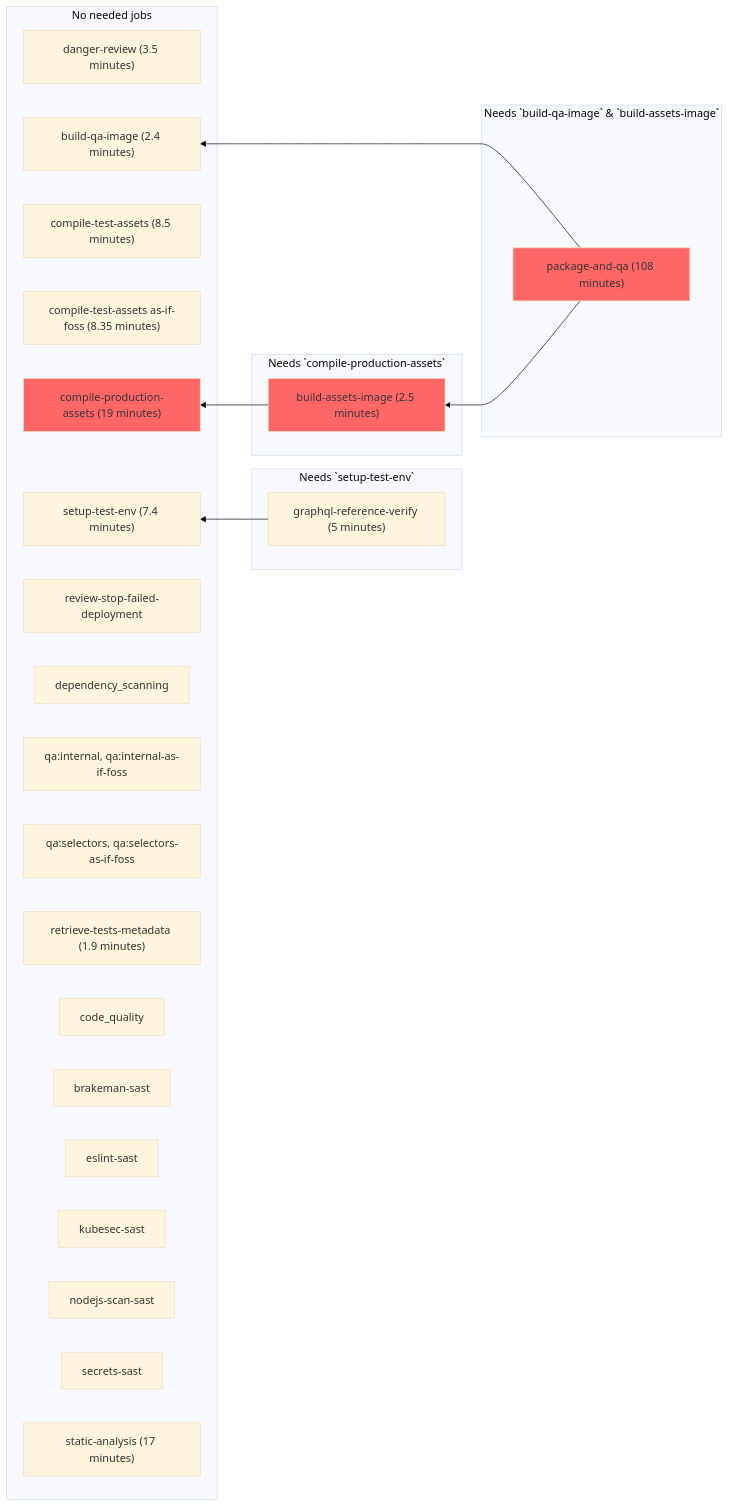
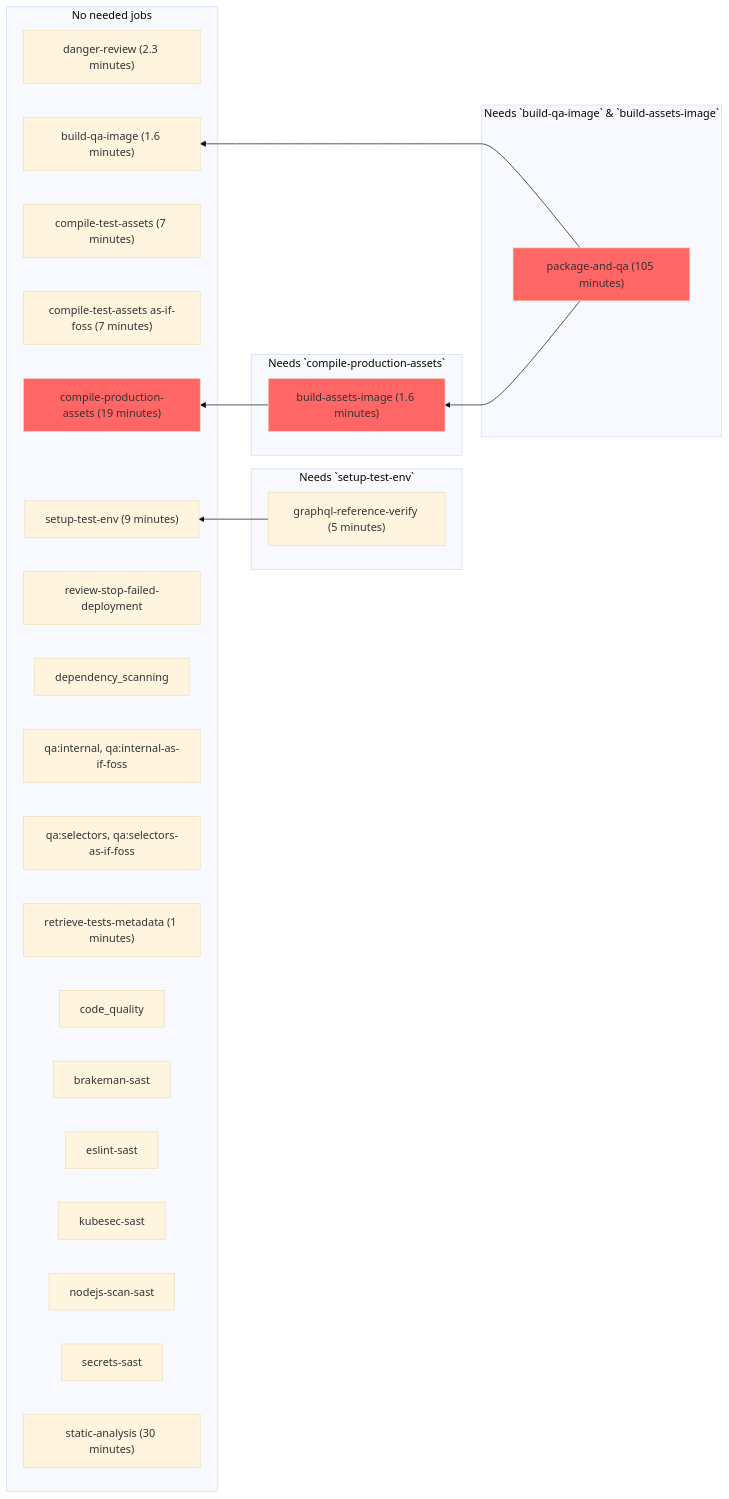
One commit to nickbrandt/GitLab changed the fourth of 5 diagrams in doc/development/pipelines.md. Above: the diagram before and after it, drawn with Mermaid (base theme). The commit also changed other lines of this file, not shown here.

````diff
--- a/doc/development/pipelines.md
+++ b/doc/development/pipelines.md
@@ -309,54 +309,54 @@
 ```mermaid
 graph RL;
   classDef criticalPath fill:#f66;
 
   subgraph "No needed jobs";
-    1-1["danger-review (3.5 minutes)"];
+    1-1["danger-review (2.3 minutes)"];
     click 1-1 "https://app.periscopedata.com/app/gitlab/652085/Engineering-Productivity---Pipeline-Build-Durations?widget=8100542&udv=0"
-    1-2["build-qa-image (2.4 minutes)"];
+    1-2["build-qa-image (1.6 minutes)"];
     click 1-2 "https://app.periscopedata.com/app/gitlab/652085/Engineering-Productivity---Pipeline-Build-Durations?widget=6914325&udv=0"
-    1-3["compile-test-assets (8.5 minutes)"];
+    1-3["compile-test-assets (7 minutes)"];
     click 1-3 "https://app.periscopedata.com/app/gitlab/652085/Engineering-Productivity---Pipeline-Build-Durations?widget=6914317&udv=0"
-    1-4["compile-test-assets as-if-foss (8.35 minutes)"];
+    1-4["compile-test-assets as-if-foss (7 minutes)"];
     click 1-4 "https://app.periscopedata.com/app/gitlab/652085/Engineering-Productivity---Pipeline-Build-Durations?widget=8356616&udv=0"
     1-5["compile-production-assets (19 minutes)"];
     click 1-5 "https://app.periscopedata.com/app/gitlab/652085/Engineering-Productivity---Pipeline-Build-Durations?widget=6914312&udv=0"
-    1-6["setup-test-env (7.4 minutes)"];
+    1-6["setup-test-env (9 minutes)"];
     click 1-6 "https://app.periscopedata.com/app/gitlab/652085/Engineering-Productivity---Pipeline-Build-Durations?widget=6914315&udv=0"
     1-7["review-stop-failed-deployment"];
     1-8["dependency_scanning"];
     1-9["qa:internal, qa:internal-as-if-foss"];
     1-11["qa:selectors, qa:selectors-as-if-foss"];
-    1-14["retrieve-tests-metadata (1.9 minutes)"];
+    1-14["retrieve-tests-metadata (1 minutes)"];
     click 1-14 "https://app.periscopedata.com/app/gitlab/652085/Engineering-Productivity---Pipeline-Build-Durations?widget=8356697&udv=0"
     1-15["code_quality"];
     1-16["brakeman-sast"];
     1-17["eslint-sast"];
     1-18["kubesec-sast"];
     1-19["nodejs-scan-sast"];
     1-20["secrets-sast"];
-    1-21["static-analysis (17 minutes)"];
+    1-21["static-analysis (30 minutes)"];
     click 1-21 "https://app.periscopedata.com/app/gitlab/652085/Engineering-Productivity---Pipeline-Build-Durations?widget=6914471&udv=0"
 
     class 1-5 criticalPath;
   end
 
   2_1-1["graphql-reference-verify (5 minutes)"];
   click 2_1-1 "https://app.periscopedata.com/app/gitlab/652085/Engineering-Productivity---Pipeline-Build-Durations?widget=8356715&udv=0"
   subgraph "Needs `setup-test-env`";
     2_1-1 --> 1-6;
   end
 
-  2_3-1["build-assets-image (2.5 minutes)"];
+  2_3-1["build-assets-image (1.6 minutes)"];
   subgraph "Needs `compile-production-assets`";
     2_3-1 --> 1-5
     class 2_3-1 criticalPath;
   end
 
-  2_4-1["package-and-qa (108 minutes)"];
+  2_4-1["package-and-qa (105 minutes)"];
   subgraph "Needs `build-qa-image` & `build-assets-image`";
     2_4-1 --> 1-2 & 2_3-1;
     class 2_4-1 criticalPath;
     click 2_4-1 "https://app.periscopedata.com/app/gitlab/652085/Engineering-Productivity---Pipeline-Build-Durations?widget=6914305&udv=0"
   end
 ```
````
